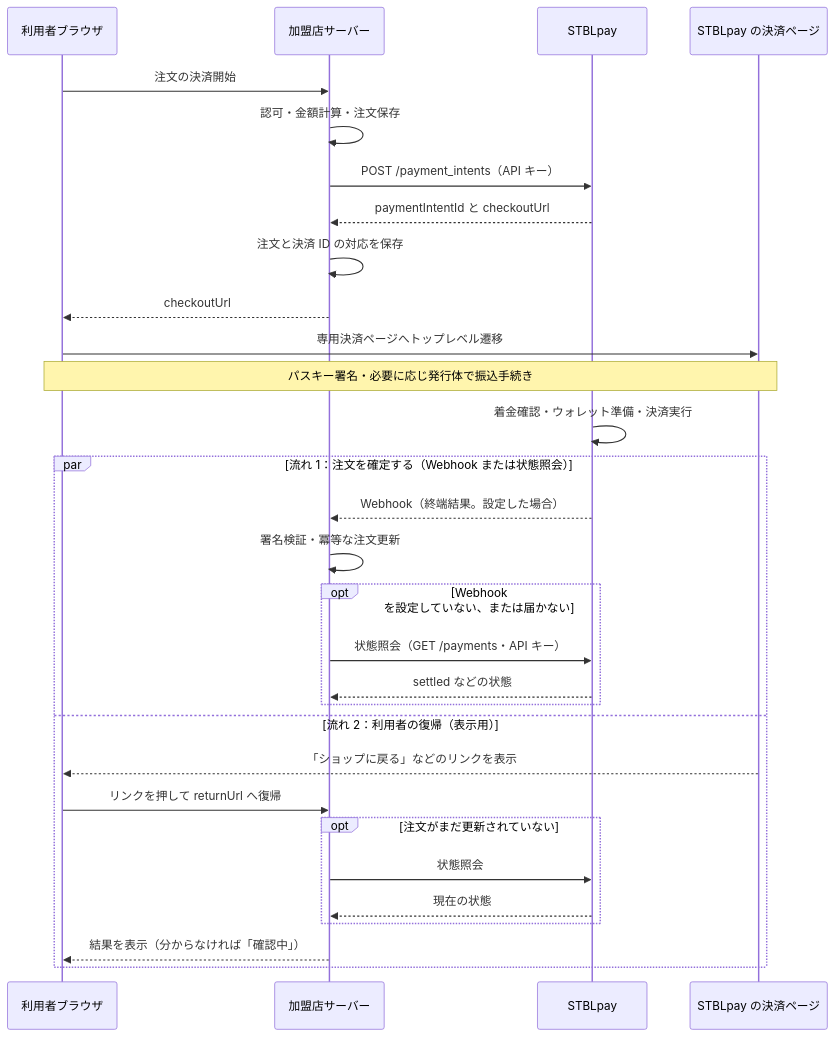
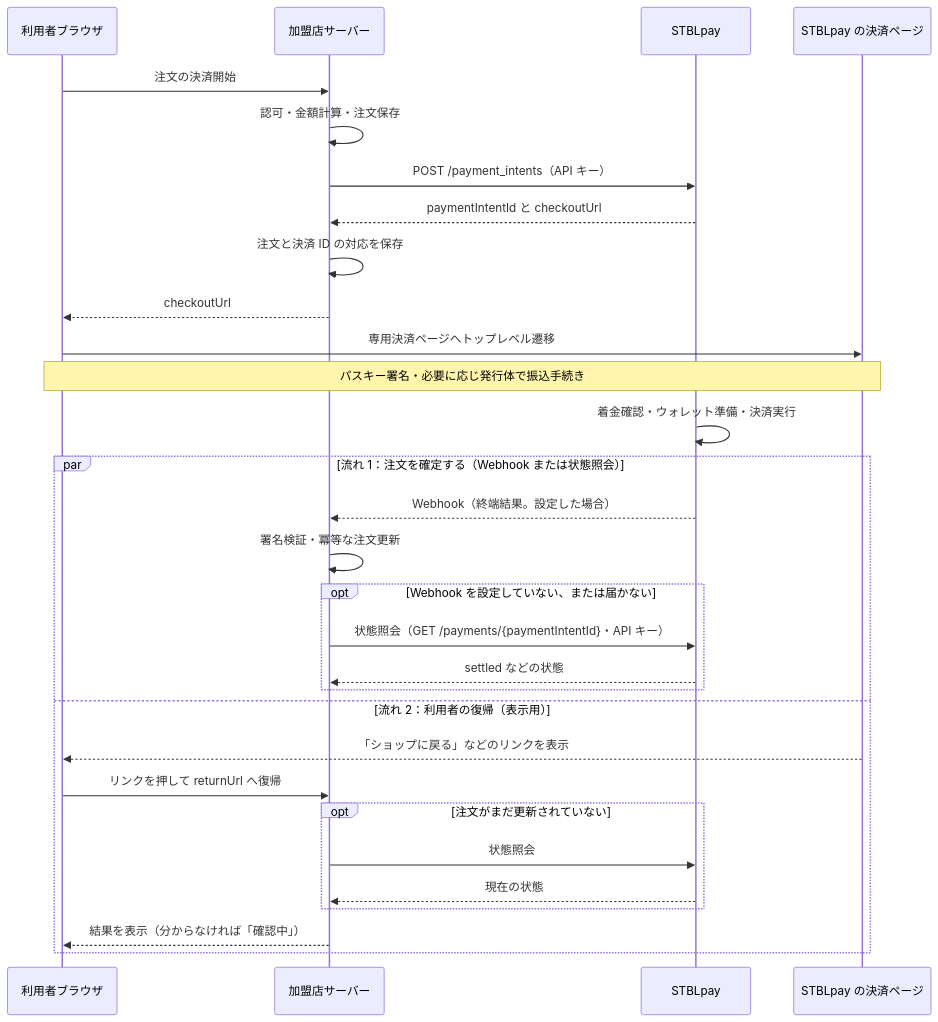
Before and after one commit to ango-ya/stbl-pay-site: the diagram in docs-site/docs/getting-started/payment-flow.md, drawn with Mermaid. The commit also changed other lines of this file and 2 other files, not shown here.

Commit message:
fix(docs): 決済フローの図の照会先に決済 ID を入れ、Sandbox 配備前の代わりの手段を図の下に書く
Refs ango-ya/stbl-pay#699

````diff
--- a/docs-site/docs/getting-started/payment-flow.md
+++ b/docs-site/docs/getting-started/payment-flow.md
@@ -12,32 +12,32 @@
 ```mermaid
 sequenceDiagram
     participant User as 利用者ブラウザ
     participant Shop as 加盟店サーバー
     participant Pay as STBLpay
     participant Page as STBLpay の決済ページ
     User->>Shop: 注文の決済開始
     Shop->>Shop: 認可・金額計算・注文保存
     Shop->>Pay: POST /payment_intents（API キー）
     Pay-->>Shop: paymentIntentId と checkoutUrl
     Shop->>Shop: 注文と決済 ID の対応を保存
     Shop-->>User: checkoutUrl
     User->>Page: 専用決済ページへトップレベル遷移
     Note over User,Page: パスキー署名・必要に応じ発行体で振込手続き
     Pay->>Pay: 着金確認・ウォレット準備・決済実行
     par 流れ 1：注文を確定する（Webhook または状態照会）
         Pay-->>Shop: Webhook（終端結果。設定した場合）
         Shop->>Shop: 署名検証・冪等な注文更新
         opt Webhook を設定していない、または届かない
-            Shop->>Pay: 状態照会（GET /payments・API キー）
+            Shop->>Pay: 状態照会（GET /payments/{paymentIntentId}・API キー）
             Pay-->>Shop: settled などの状態
         end
     and 流れ 2：利用者の復帰（表示用）
         Page-->>User: 「ショップに戻る」などのリンクを表示
         User->>Shop: リンクを押して returnUrl へ復帰
         opt 注文がまだ更新されていない
             Shop->>Pay: 状態照会
             Pay-->>Shop: 現在の状態
         end
         Shop-->>User: 結果を表示（分からなければ「確認中」）
     end
 ```
````
